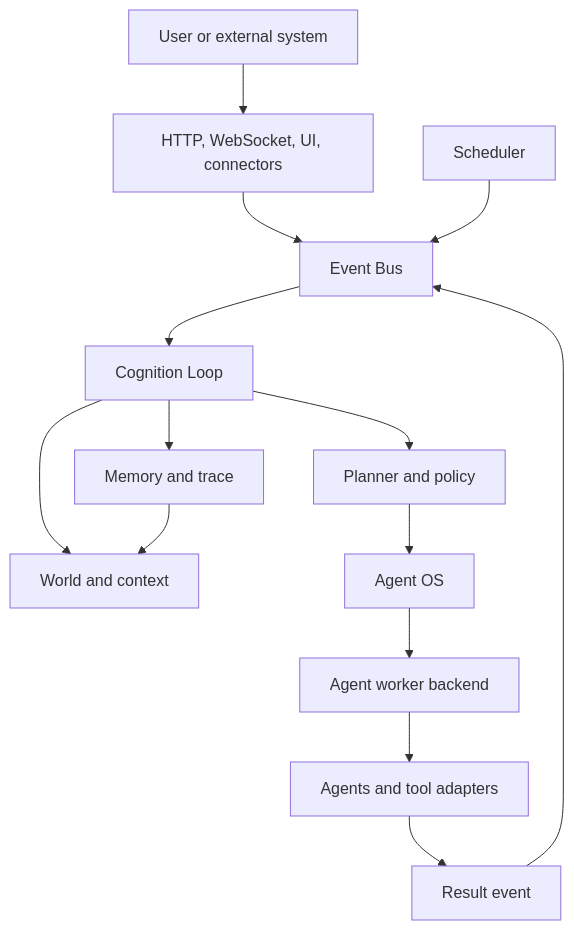
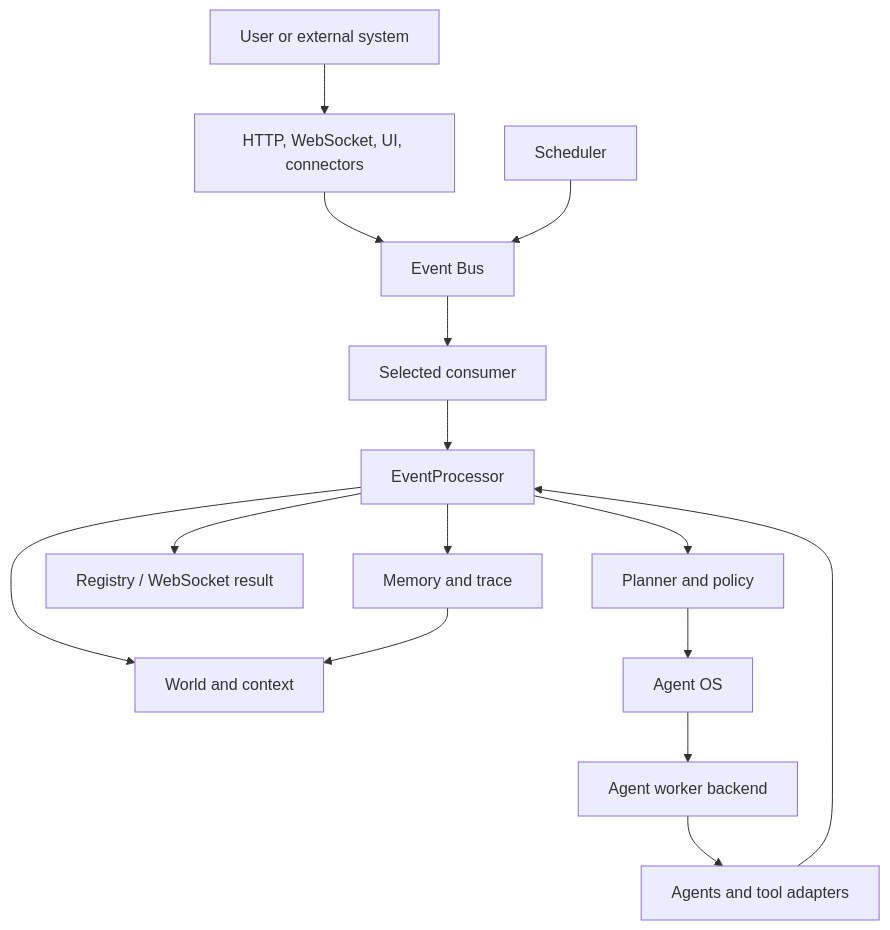
One commit to natureless/EVA-ai changed the first of 2 diagrams in docs/architecture.md. Above: the diagram before and after it, drawn with Mermaid. The commit also changed other lines of this file and 807 other files, not shown here.

````diff
--- a/docs/architecture.md
+++ b/docs/architecture.md
@@ -12,16 +12,17 @@
 ```mermaid
 flowchart TD
     U["User or external system"] --> I["HTTP, WebSocket, UI, connectors"]
     I --> B["Event Bus"]
-    B --> C["Cognition Loop"]
-    C --> W["World and context"]
-    C --> P["Planner and policy"]
+    B --> C["Selected consumer"]
+    C --> X["EventProcessor"]
+    X --> W["World and context"]
+    X --> P["Planner and policy"]
     P --> A["Agent OS"]
     A --> K["Agent worker backend"]
     K --> G["Agents and tool adapters"]
-    G --> R["Result event"]
-    R --> B
-    C --> M["Memory and trace"]
+    G --> X
+    X --> R["Registry / WebSocket result"]
+    X --> M["Memory and trace"]
     M --> W
     S["Scheduler"] --> B
 ```
````
